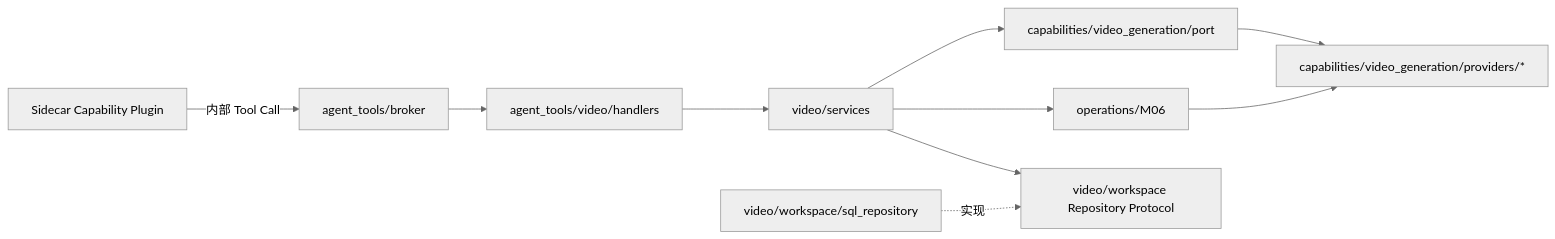
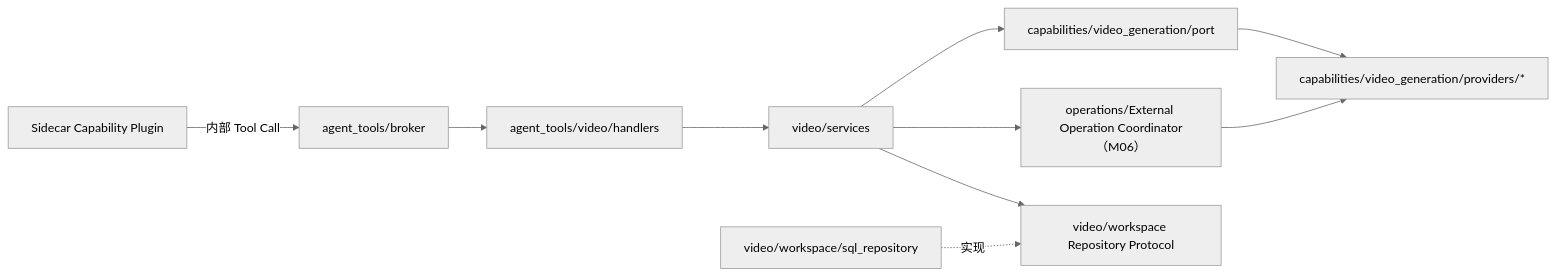
One commit to joyslxd/pixelflow changed the third of 3 diagrams in DEEPSEEK_HARNESS_SIDECAR_IMPLEMENTATION_PLAN.md. Above: the diagram before and after it, drawn with Mermaid (neutral theme). The commit also changed other lines of this file and 4 other files, not shown here.

````diff
--- a/DEEPSEEK_HARNESS_SIDECAR_IMPLEMENTATION_PLAN.md
+++ b/DEEPSEEK_HARNESS_SIDECAR_IMPLEMENTATION_PLAN.md
@@ -590,12 +592,12 @@
 ```mermaid
 flowchart LR
     PLUGIN["Sidecar Capability Plugin"] -->|"内部 Tool Call"| BROKER["agent_tools/broker"]
     BROKER --> HANDLER["agent_tools/video/handlers"]
     HANDLER --> APP["video/services"]
     APP --> PORT["capabilities/video_generation/port"]
     PORT --> ADAPTER["capabilities/video_generation/providers/*"]
-    APP --> OP["operations/M06"]
+    APP --> OP["operations/External Operation Coordinator（M06）"]
     OP --> ADAPTER
     APP --> REPO["video/workspace Repository Protocol"]
     SQL["video/workspace/sql_repository"] -.实现.-> REPO
 ```
````
